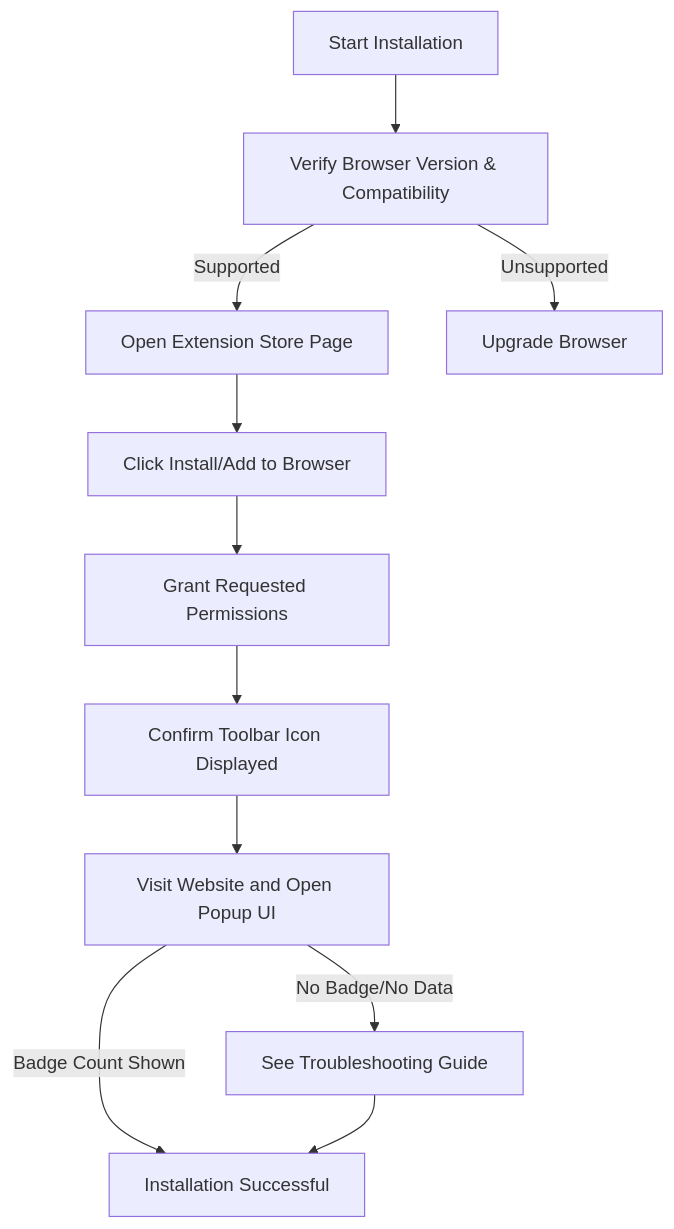
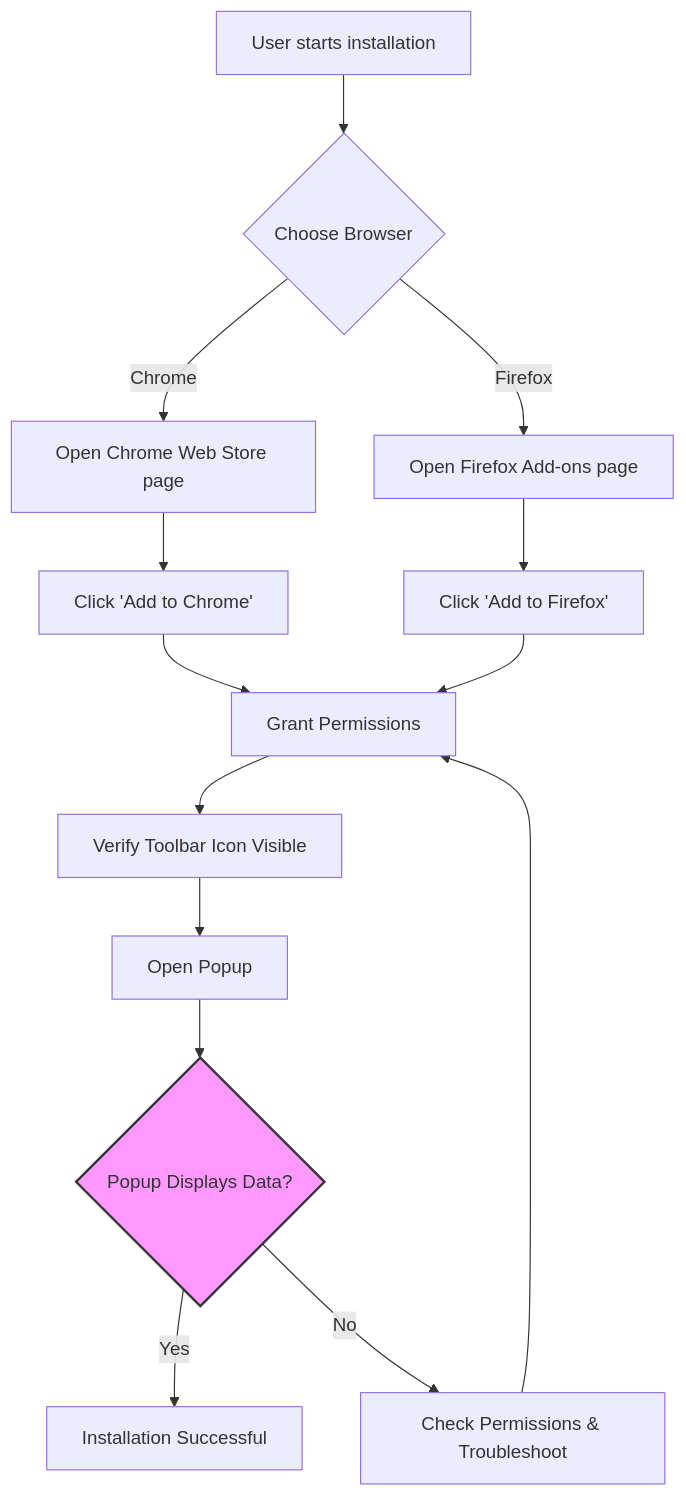
The diagram in guides/getting-started/installation-and-setup.mdx (clidey/docucod-public-project-adf15a81-508f-4f0d-9083-12549e1f66a0), drawn with Mermaid before and after one commit. The commit also changed other lines of this file and 17 other files, not shown here.

````diff
--- a/guides/getting-started/installation-and-setup.mdx
+++ b/guides/getting-started/installation-and-setup.mdx
@@ -128,13 +132,19 @@
 ```mermaid
 flowchart TD
-  Start["Start Installation"] --> CheckBrowser["Verify Browser Version & Compatibility"]
-  CheckBrowser -->|Supported| SelectStore["Open Extension Store Page"]
-  CheckBrowser -->|Unsupported| Exit["Upgrade Browser"]
-  SelectStore --> Install["Click Install/Add to Browser"]
-  Install --> Permissions["Grant Requested Permissions"]
-  Permissions --> VerifyIcon["Confirm Toolbar Icon Displayed"]
-  VerifyIcon --> InitialCheck["Visit Website and Open Popup UI"]
-  InitialCheck -->|Badge Count Shown| Done["Installation Successful"]
-  InitialCheck -->|No Badge/No Data| Troubleshoot["See Troubleshooting Guide"]
-  Troubleshoot --> Done
+    A[User starts installation] --> B{Choose Browser}
+    B -->|Chrome| C[Open Chrome Web Store page]
+    B -->|Firefox| D[Open Firefox Add-ons page]
+    C --> E[Click 'Add to Chrome']
+    D --> F[Click 'Add to Firefox']
+    E --> G[Grant Permissions]
+    F --> G
+    G --> H[Verify Toolbar Icon Visible]
+    H --> I[Open Popup]
+    I --> J{Popup Displays Data?}
+    J -->|Yes| K[Installation Successful]
+    J -->|No| L[Check Permissions & Troubleshoot]
+    L --> G
+
+    classDef decision fill:#f9f,stroke:#333,stroke-width:2px;
+    class J decision;
 ```
````
